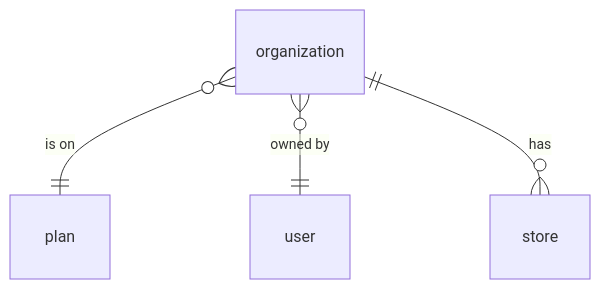
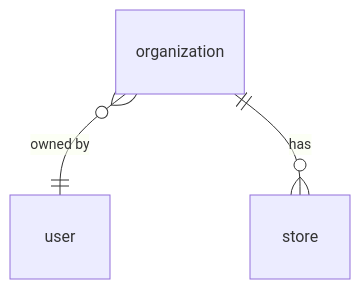
Before and after one commit to Shahrukh489/gekkosuite-api: the first of 7 diagrams in docs/database.md, drawn with Mermaid. The commit also changed other lines of this file and 2 other files, not shown here.

````diff
--- a/docs/database.md
+++ b/docs/database.md
@@ -188,6 +209,5 @@
 ```mermaid
 erDiagram
-    organization }o--|| plan : "is on"
     organization }o--|| user : "owned by"
     organization ||--o{ store : "has"
 ```
````
